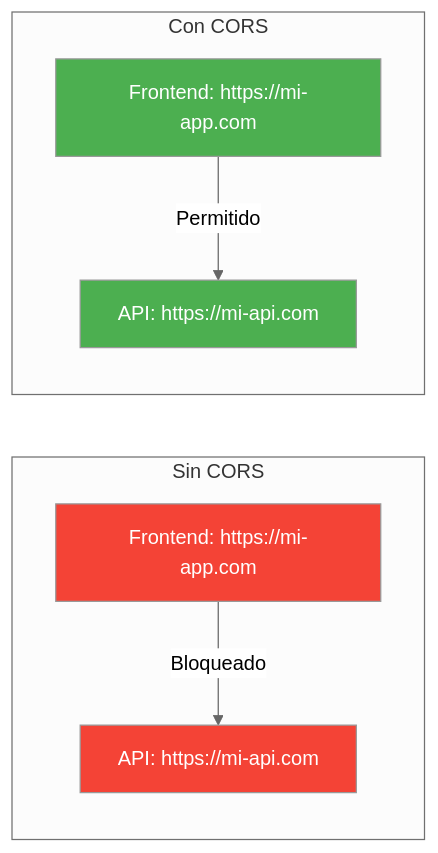
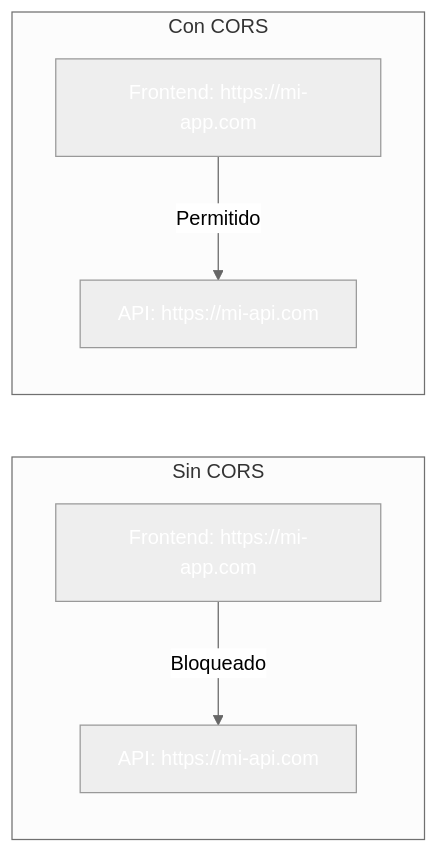
One commit to joseluisgs/DesarrolloWebEntornosServidor-02-2026-2027 changed the diagram in 24-documentacion.md. Above: the diagram before and after it, drawn with Mermaid (neutral theme). The commit also changed other lines of this file and 41 other files, not shown here.

````diff
--- a/24-documentacion.md
+++ b/24-documentacion.md
@@ -45,14 +45,14 @@
 ```mermaid
 flowchart LR
     subgraph "Sin CORS"
         A[Frontend: https://mi-app.com] -->|Bloqueado| B[API: https://mi-api.com]
-        style A fill:#f44336,color:#fff
-        style B fill:#f44336,color:#fff
+        style A fill:#f4433,color:#fff6,color:#fff
+        style B fill:#f4433,color:#fff6,color:#fff
     end
 
     subgraph "Con CORS"
         C[Frontend: https://mi-app.com] -->|Permitido| D[API: https://mi-api.com]
-        style C fill:#4CAF50,color:#fff
-        style D fill:#4CAF50,color:#fff
+        style C fill:#4CAF5,color:#fff0,color:#fff
+        style D fill:#4CAF5,color:#fff0,color:#fff
     end
 ```
````
